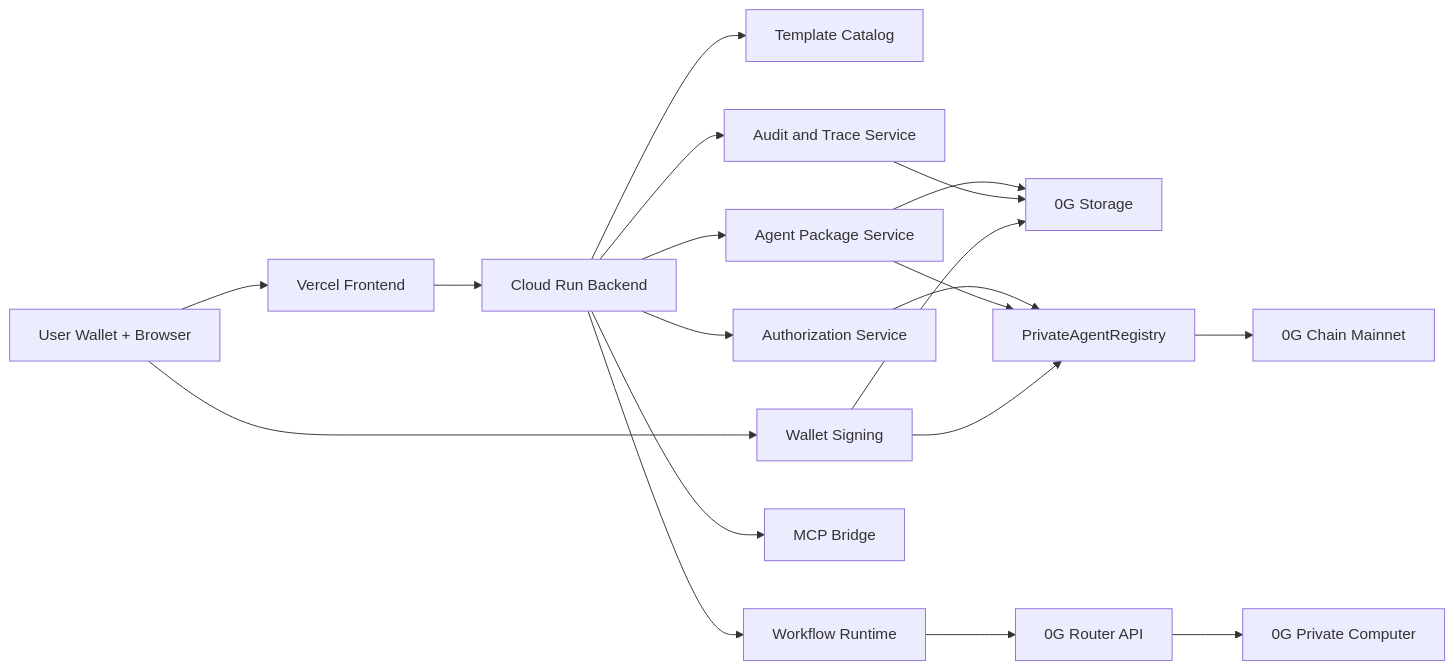
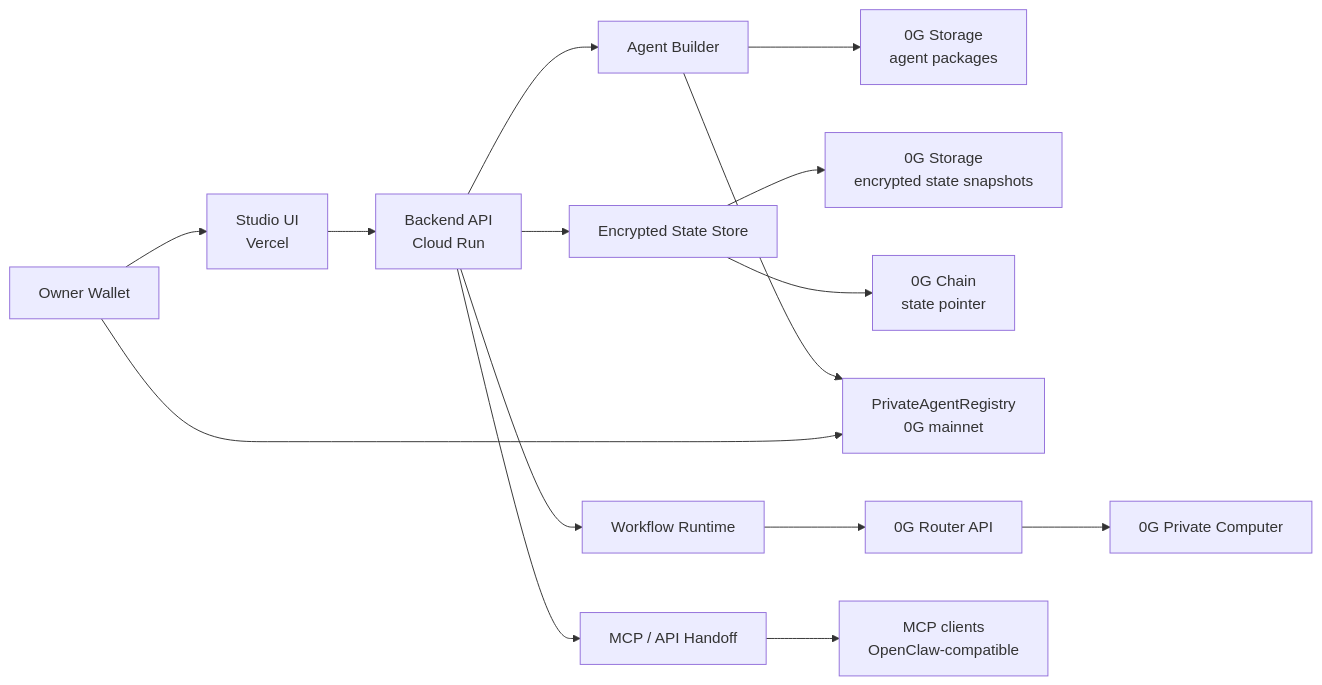
The first of 3 diagrams in ARCHITECTURE.md (N-45div/Private-Agent-Studio), drawn with Mermaid before and after one commit. The commit also changed other lines of this file and 1 other file, not shown here.

````diff
--- a/ARCHITECTURE.md
+++ b/ARCHITECTURE.md
@@ -17,24 +7,20 @@
 ```mermaid
 flowchart LR
-    User[User Wallet + Browser] --> UI[Vercel Frontend]
-    UI --> API[Cloud Run Backend]
+    Browser[Studio UI<br/>Vercel] --> API[Backend API<br/>Cloud Run]
+    Wallet[Owner Wallet] --> Browser
 
-    API --> Templates[Template Catalog]
-    API --> Packages[Agent Package Service]
+    API --> Builder[Agent Builder]
+    API --> State[Encrypted State Store]
     API --> Runtime[Workflow Runtime]
-    API --> Grants[Authorization Service]
-    API --> Audit[Audit and Trace Service]
-    API --> MCP[MCP Bridge]
+    API --> Handoff[MCP / API Handoff]
 
-    Packages --> Storage[0G Storage]
-    Audit --> Storage
+    Builder --> Storage[0G Storage<br/>agent packages]
+    State --> StorageState[0G Storage<br/>encrypted state snapshots]
+    State --> RegistryPointer[0G Chain<br/>state pointer]
+    Builder --> Registry[PrivateAgentRegistry<br/>0G mainnet]
     Runtime --> Router[0G Router API]
     Router --> Compute[0G Private Computer]
-    Grants --> Registry[PrivateAgentRegistry]
-    Packages --> Registry
-    Registry --> Chain[0G Chain Mainnet]
+    Handoff --> MCP[MCP clients<br/>OpenClaw-compatible]
 
-    User --> Wallet[Wallet Signing]
-    Wallet --> Storage
     Wallet --> Registry
 ```
````
